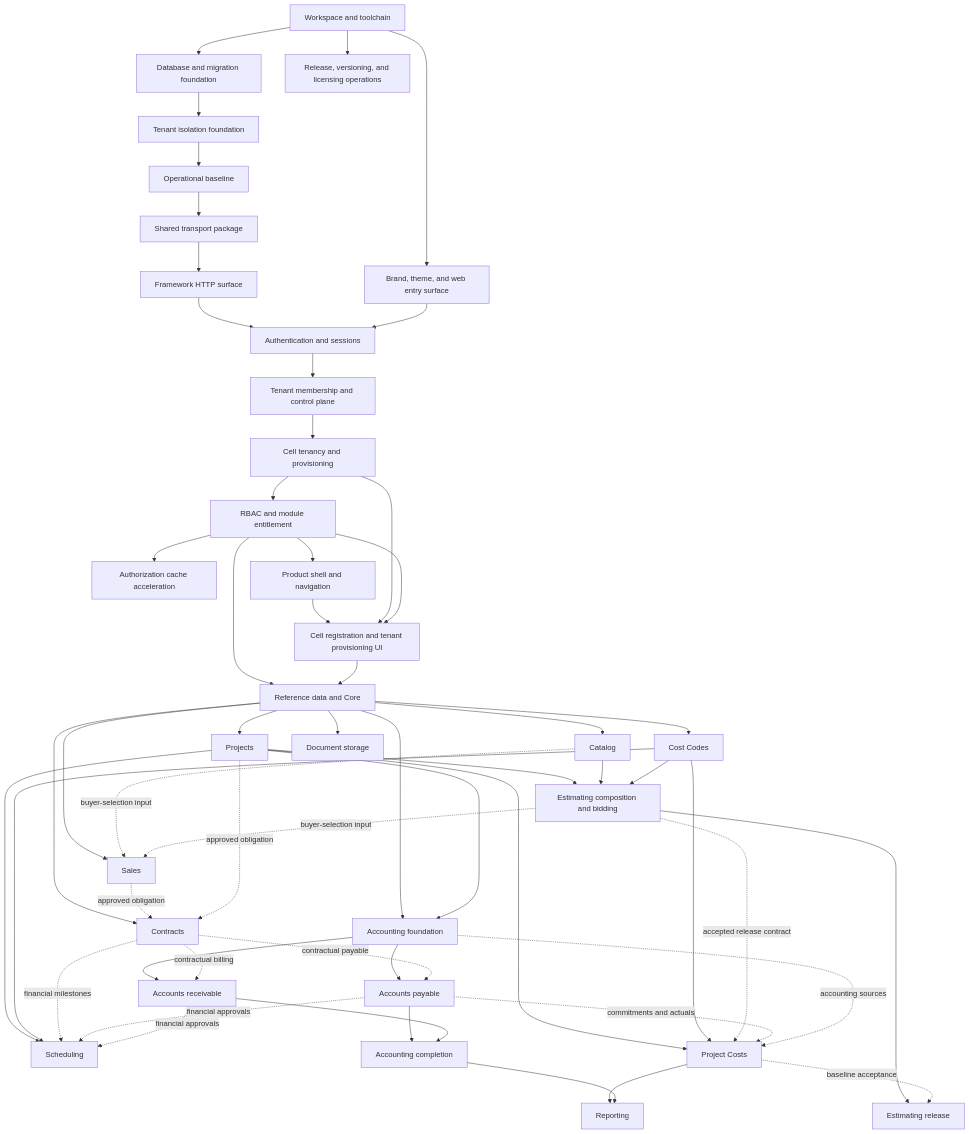
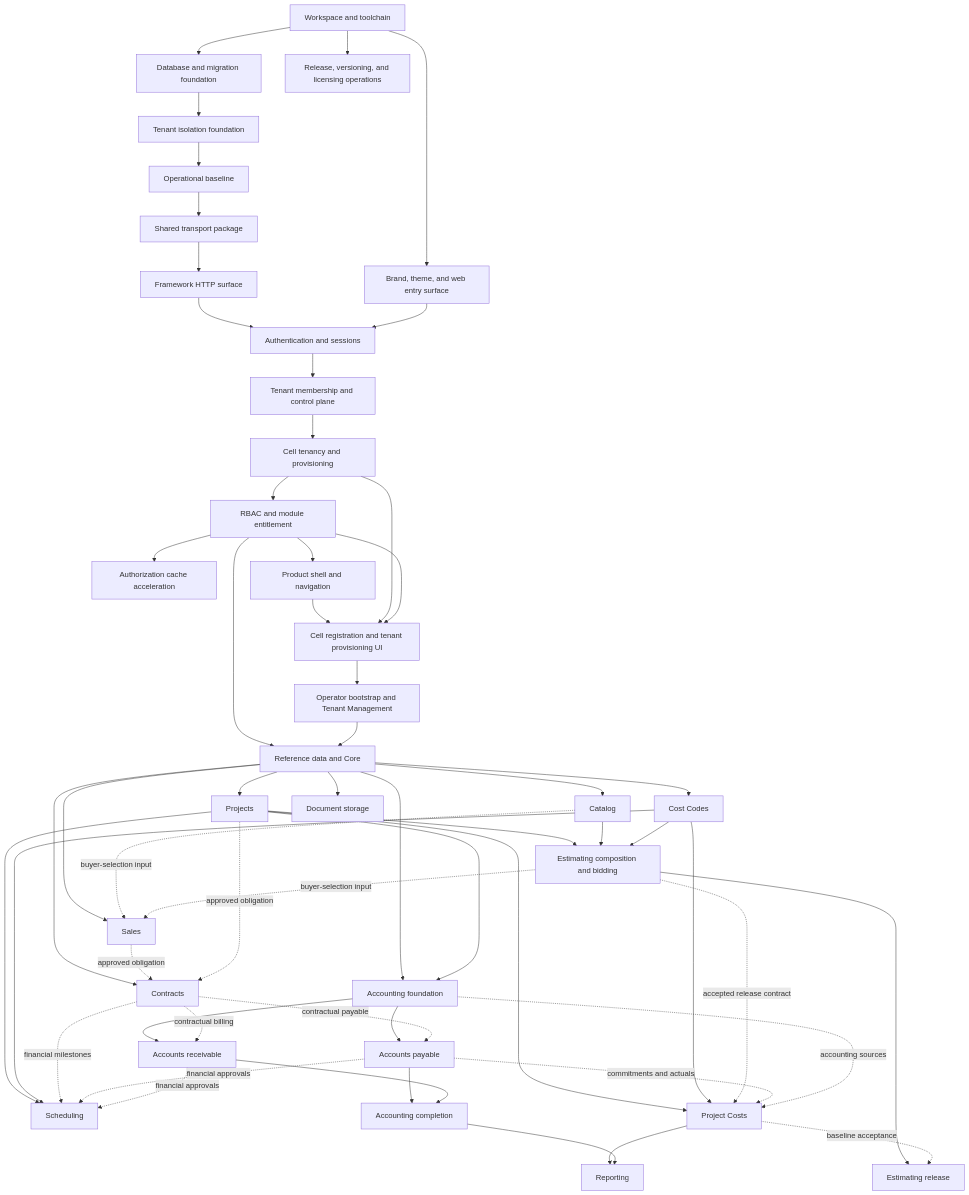
The diagram in docs/roadmaps/DEVELOPMENT-ROADMAP.md (silverstone-i/nap), drawn with Mermaid before and after one commit. The commit also changed other lines of this file and 43 other files, not shown here.

First line of the commit message:
Complete operator bootstrap and consolidate Tenant Management (#25)

````diff
--- a/docs/roadmaps/DEVELOPMENT-ROADMAP.md
+++ b/docs/roadmaps/DEVELOPMENT-ROADMAP.md
@@ -71,57 +71,58 @@
 ```mermaid
 flowchart TD
   workspace[Workspace and toolchain] --> database[Database and migration foundation]
   workspace --> entry[Brand, theme, and web entry surface]
   workspace --> release[Release, versioning, and licensing operations]
   database --> isolation[Tenant isolation foundation]
   isolation --> ops[Operational baseline]
   ops --> contracts0[Shared transport package]
   contracts0 --> framework[Framework HTTP surface]
   framework --> auth[Authentication and sessions]
   entry --> auth
   auth --> control[Tenant membership and control plane]
   control --> provisioning[Cell tenancy and provisioning]
   provisioning --> rbac[RBAC and module entitlement]
   rbac --> cache[Authorization cache acceleration]
   rbac --> shell[Product shell and navigation]
   rbac --> core[Reference data and Core]
   shell --> provisioningUI[Cell registration and tenant provisioning UI]
   provisioning --> provisioningUI
   rbac --> provisioningUI
-  provisioningUI --> core
+  provisioningUI --> operatorBootstrap[Operator bootstrap and Tenant Management]
+  operatorBootstrap --> core
   core --> projects[Projects]
   core --> costCodes[Cost Codes]
   core --> catalog[Catalog]
   core --> documents[Document storage]
   projects --> estimating[Estimating composition and bidding]
   catalog --> estimating
   costCodes --> estimating
   projects --> scheduling[Scheduling]
   costCodes --> scheduling
   projects --> projectCosts[Project Costs]
   costCodes --> projectCosts
   estimating -. accepted release contract .-> projectCosts
   estimating --> productionRelease[Estimating release]
   projectCosts -. baseline acceptance .-> productionRelease
   core --> sales[Sales]
   catalog -. buyer-selection input .-> sales
   estimating -. buyer-selection input .-> sales
   core --> agreements[Contracts]
   sales -. approved obligation .-> agreements
   projects -. approved obligation .-> agreements
   core --> accounting[Accounting foundation]
   projects --> accounting
   accounting --> ap[Accounts payable]
   accounting --> ar[Accounts receivable]
   agreements -. contractual payable .-> ap
   agreements -. contractual billing .-> ar
   ap --> completion[Accounting completion]
   ar --> completion
   ap -. commitments and actuals .-> projectCosts
   accounting -. accounting sources .-> projectCosts
   agreements -. financial milestones .-> scheduling
   ap -. financial approvals .-> scheduling
   ar -. financial approvals .-> scheduling
   projectCosts --> reporting[Reporting]
   completion --> reporting
 ```
````
